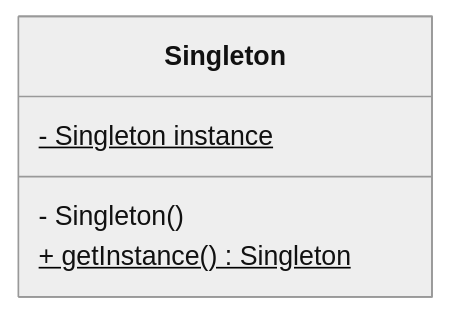
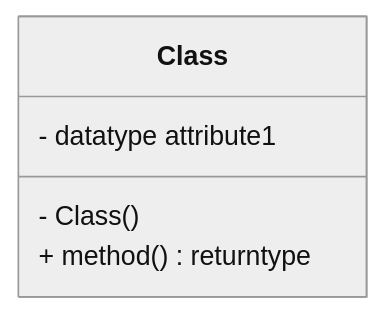
The diagram in Templates/a.md (angelromarco04/MyNotes), drawn with Mermaid (neutral theme) before and after one commit. The commit also changed other lines of this file and 2 other files, not shown here.

````diff
--- a/Templates/a.md
+++ b/Templates/a.md
@@ -28,8 +25,8 @@
 ```mermaid
 classDiagram
-class Singleton {
-	- Singleton instance $
-	- Singleton()
-	+ getInstance() Singleton $
+class Class {
+	- datatype attribute1
+	- Class()
+	+ method() returntype
 }
 ```
````
